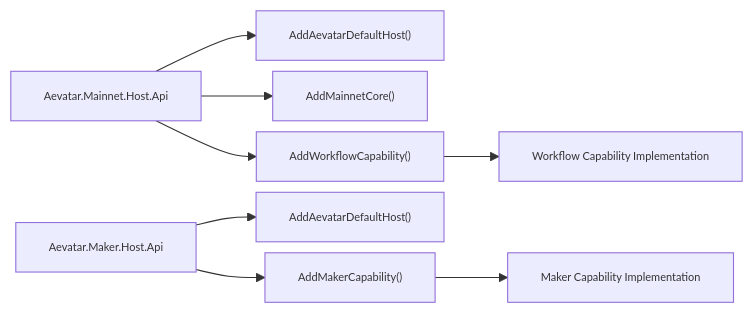
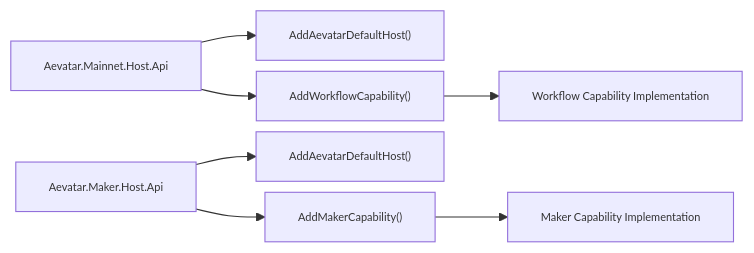
One commit to aevatarAI/aevatar changed the second of 4 diagrams in docs/PROJECT_ARCHITECTURE.md. Above: the diagram before and after it, drawn with Mermaid. The commit also changed other lines of this file and 18 other files, not shown here.

First line of the commit message:
Refactor Aevatar architecture to remove Mainnet.Application components

````diff
--- a/docs/PROJECT_ARCHITECTURE.md
+++ b/docs/PROJECT_ARCHITECTURE.md
@@ -29,13 +29,12 @@
 ```mermaid
 %%{init: {"maxTextSize": 100000, "flowchart": {"useMaxWidth": false, "nodeSpacing": 10, "rankSpacing": 50}, "themeVariables": {"fontSize": "10px"}}}%%
 flowchart LR
     MH["Aevatar.Mainnet.Host.Api"] --> HADD["AddAevatarDefaultHost()"]
-    MH --> MADD["AddMainnetCore()"]
     MH --> WADD["AddWorkflowCapability()"]
 
     KH["Aevatar.Maker.Host.Api"] --> KHADD["AddAevatarDefaultHost()"]
     KH --> KADD["AddMakerCapability()"]
 
     WADD --> WIMPL["Workflow Capability Implementation"]
     KADD --> KIMPL["Maker Capability Implementation"]
 ```
````
